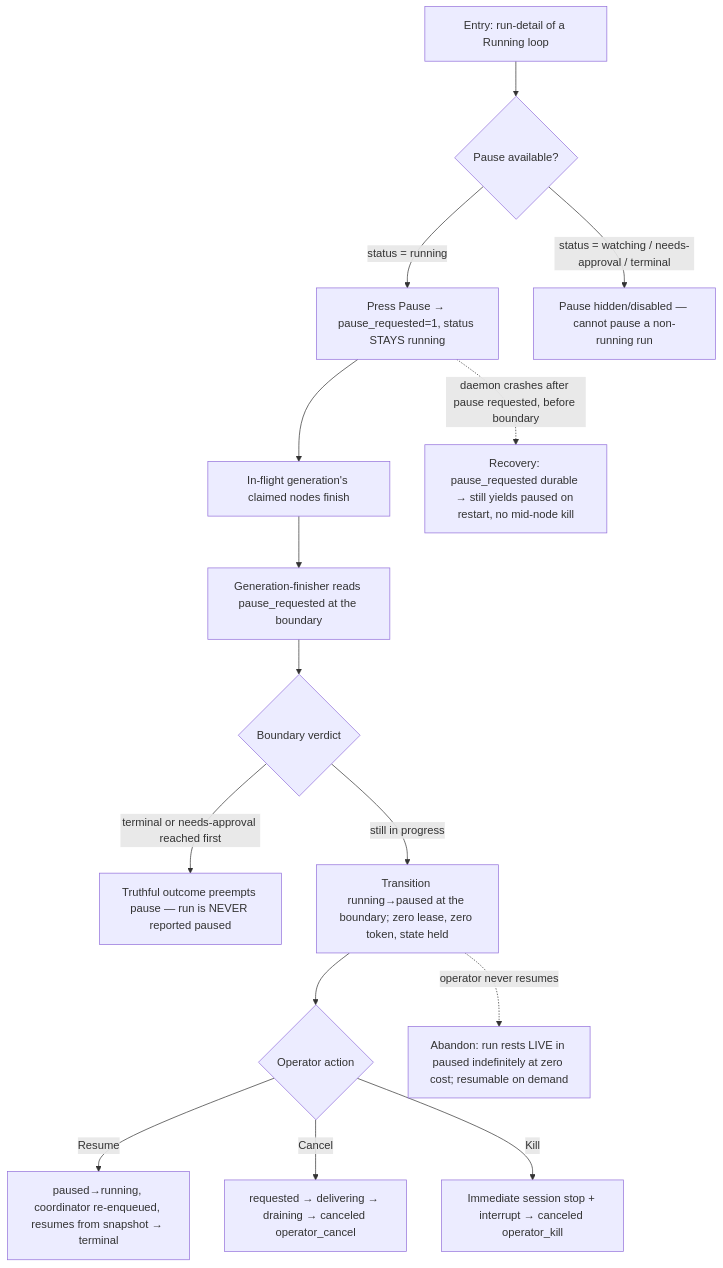
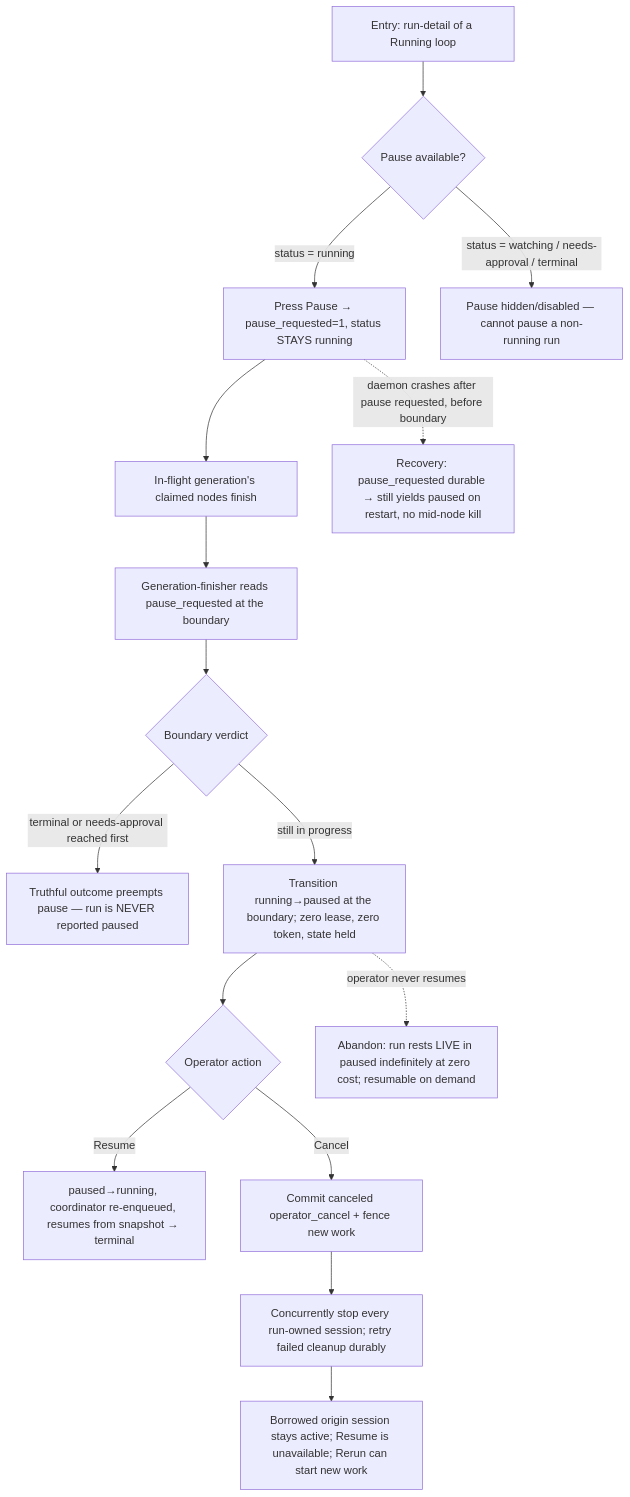
Before and after one commit to compozy/compozy: the diagram in docs/qa/journeys/J-04-operator-pause-resume.md, drawn with Mermaid. The commit also changed other lines of this file and 217 other files, not shown here.

````diff
--- a/docs/qa/journeys/J-04-operator-pause-resume.md
+++ b/docs/qa/journeys/J-04-operator-pause-resume.md
@@ -8,17 +8,18 @@
 ```mermaid
 flowchart TD
     A[Entry: run-detail of a Running loop] --> B{Pause available?}
     B -->|status = running| C[Press Pause → pause_requested=1, status STAYS running]
     B -->|status = watching / needs-approval / terminal| B2[Pause hidden/disabled — cannot pause a non-running run]
     C --> D[In-flight generation's claimed nodes finish]
     D --> E[Generation-finisher reads pause_requested at the boundary]
     E --> F{Boundary verdict}
     F -->|terminal or needs-approval reached first| G[Truthful outcome preempts pause — run is NEVER reported paused]
     F -->|still in progress| H[Transition running→paused at the boundary; zero lease, zero token, state held]
     H --> I{Operator action}
     I -->|Resume| J[paused→running, coordinator re-enqueued, resumes from snapshot → terminal]
-    I -->|Cancel| K[requested → delivering → draining → canceled operator_cancel]
-    I -->|Kill| L[Immediate session stop + interrupt → canceled operator_kill]
+    I -->|Cancel| K[Commit canceled operator_cancel + fence new work]
+    K --> L[Concurrently stop every run-owned session; retry failed cleanup durably]
+    L --> M[Borrowed origin session stays active; Resume is unavailable; Rerun can start new work]
     H -.->|operator never resumes| X1[Abandon: run rests LIVE in paused indefinitely at zero cost; resumable on demand]
     C -.->|daemon crashes after pause requested, before boundary| X2[Recovery: pause_requested durable → still yields paused on restart, no mid-node kill]
 ```
````
